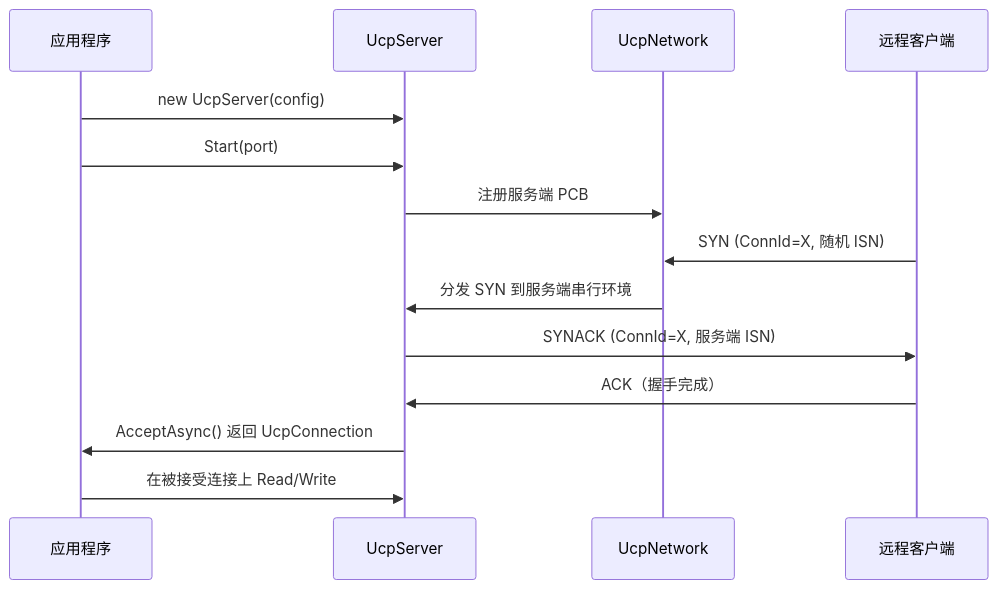
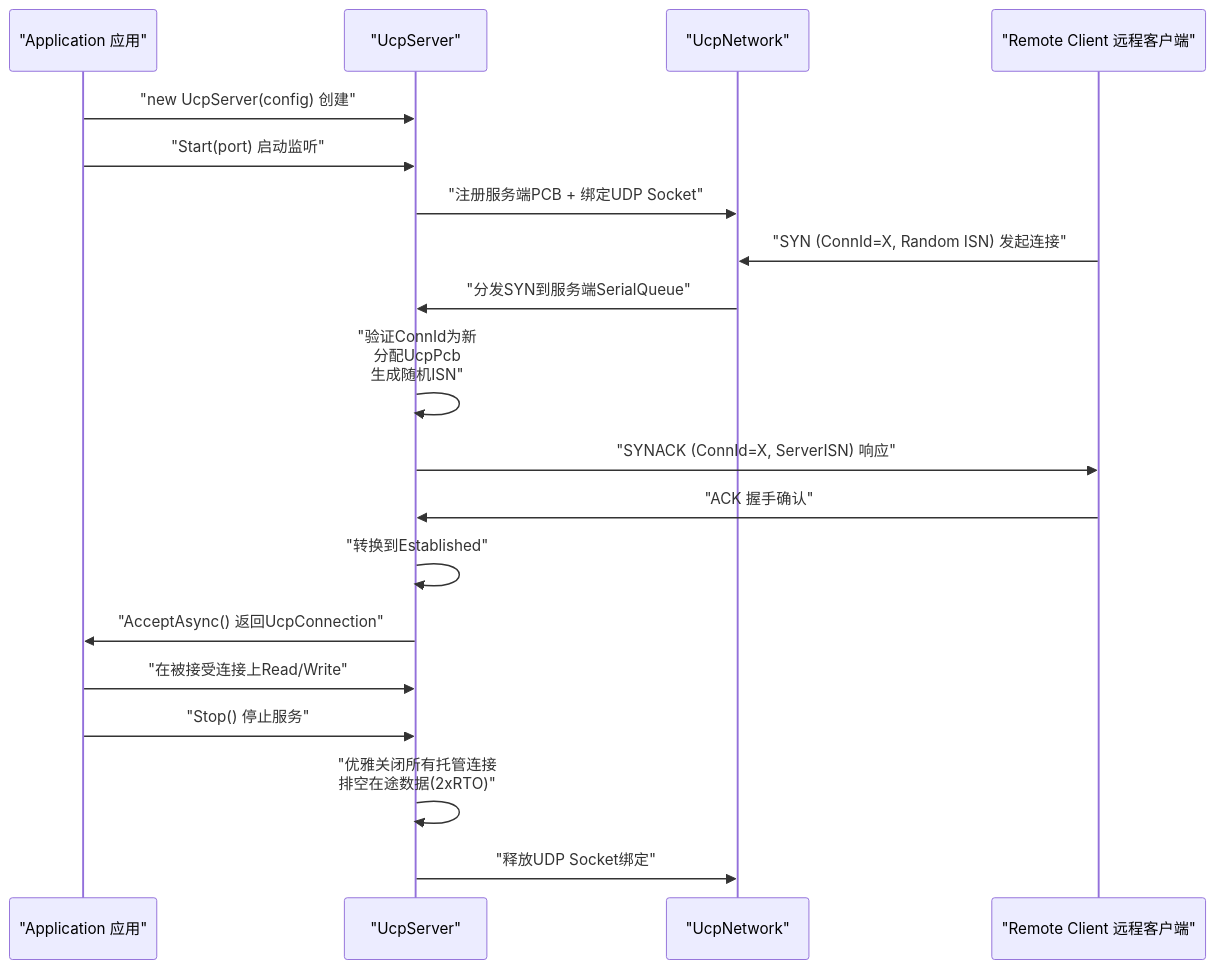
The second of 4 diagrams in docs/api_CN.md (liulilittle/ucp), drawn with Mermaid before and after one commit. The commit also changed other lines of this file and 43 other files, not shown here.

````diff
--- a/docs/api_CN.md
+++ b/docs/api_CN.md
@@ -123,17 +123,26 @@
 ```mermaid
 sequenceDiagram
-    participant App as 应用程序
-    participant Svr as UcpServer
-    participant Net as UcpNetwork
-    participant Cli as 远程客户端
-
-    App->>Svr: new UcpServer(config)
-    App->>Svr: Start(port)
-    Svr->>Net: 注册服务端 PCB
-    Cli->>Net: SYN (ConnId=X, 随机 ISN)
-    Net->>Svr: 分发 SYN 到服务端串行环境
-    Svr->>Cli: SYNACK (ConnId=X, 服务端 ISN)
-    Cli->>Svr: ACK（握手完成）
-    Svr->>App: AcceptAsync() 返回 UcpConnection
-    App->>Svr: 在被接受连接上 Read/Write
+    participant App as "Application 应用"
+    participant Svr as "UcpServer"
+    participant Net as "UcpNetwork"
+    participant Cli as "Remote Client 远程客户端"
+    
+    App->>Svr: "new UcpServer(config) 创建"
+    App->>Svr: "Start(port) 启动监听"
+    Svr->>Net: "注册服务端PCB + 绑定UDP Socket"
+    
+    Cli->>Net: "SYN (ConnId=X, Random ISN) 发起连接"
+    Net->>Svr: "分发SYN到服务端SerialQueue"
+    Svr->>Svr: "验证ConnId为新<br/>分配UcpPcb<br/>生成随机ISN"
+    Svr->>Cli: "SYNACK (ConnId=X, ServerISN) 响应"
+    
+    Cli->>Svr: "ACK 握手确认"
+    Svr->>Svr: "转换到Established"
+    Svr->>App: "AcceptAsync() 返回UcpConnection"
+    
+    App->>Svr: "在被接受连接上Read/Write"
+    
+    App->>Svr: "Stop() 停止服务"
+    Svr->>Svr: "优雅关闭所有托管连接<br/>排空在途数据(2xRTO)"
+    Svr->>Net: "释放UDP Socket绑定"
 ```
````
